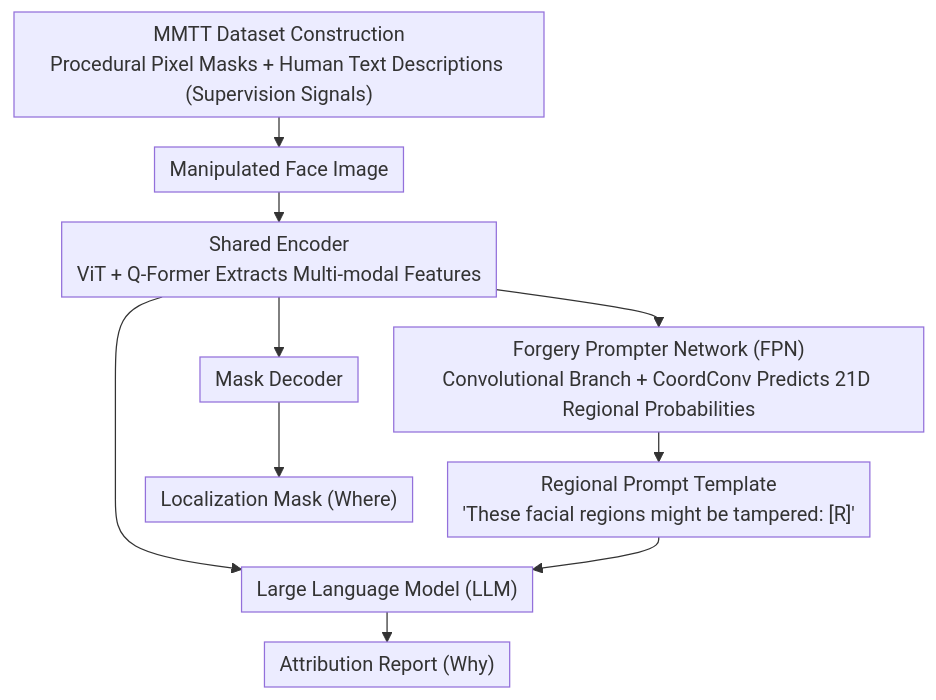
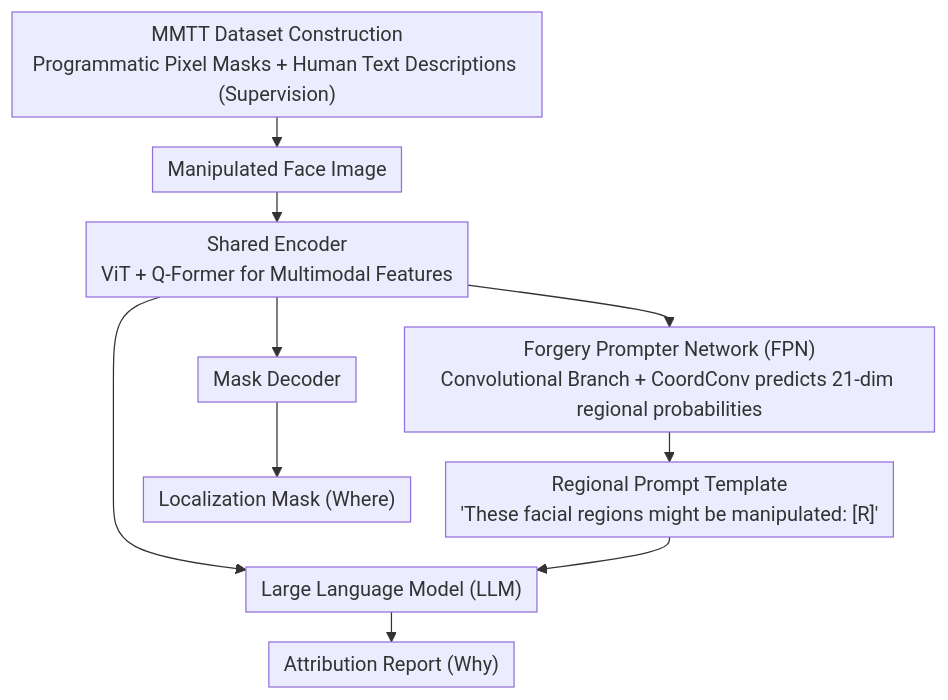
Before and after one commit to zhaoyang97/Paper-Notes-en: the diagram in docs/ACL2026/llm_safety/generating_attribution_reports_for_manipulated_facial_images_a_dataset_and_basel.md, drawn with Mermaid. The commit also changed other lines of this file and 5084 other files, not shown here.

````diff
--- a/docs/ACL2026/llm_safety/generating_attribution_reports_for_manipulated_facial_images_a_dataset_and_basel.md
+++ b/docs/ACL2026/llm_safety/generating_attribution_reports_for_manipulated_facial_images_a_dataset_and_basel.md
@@ -44,13 +44,13 @@
 ```mermaid
 %%{init: {'flowchart': {'rankSpacing': 24, 'nodeSpacing': 28, 'padding': 6, 'wrappingWidth': 400}}}%%
 flowchart TD
-    A["MMTT Dataset Construction<br/>Procedural Pixel Masks + Human Text Descriptions (Supervision Signals)"] --> B["Manipulated Face Image"]
-    B --> C["Shared Encoder<br/>ViT + Q-Former Extracts Multi-modal Features"]
-    C --> D["Forgery Prompter Network (FPN)<br/>Convolutional Branch + CoordConv Predicts 21D Regional Probabilities"]
-    D --> E["Regional Prompt Template<br/>'These facial regions might be tampered: [R]'"]
+    A["MMTT Dataset Construction<br/>Programmatic Pixel Masks + Human Text Descriptions (Supervision)"] --> B["Manipulated Face Image"]
+    B --> C["Shared Encoder<br/>ViT + Q-Former for Multimodal Features"]
+    C --> D["Forgery Prompter Network (FPN)<br/>Convolutional Branch + CoordConv predicts 21-dim regional probabilities"]
+    D --> E["Regional Prompt Template<br/>'These facial regions might be manipulated: [R]'"]
     C --> F["Mask Decoder"]
     C --> G["Large Language Model (LLM)"]
     E --> G
     F --> H["Localization Mask (Where)"]
     G --> I["Attribution Report (Why)"]
 ```
````
